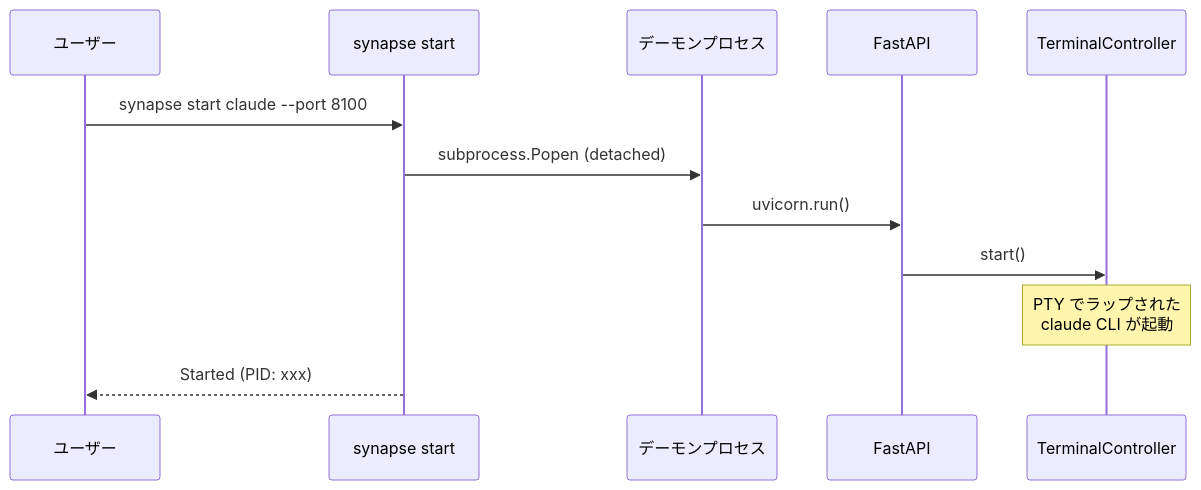
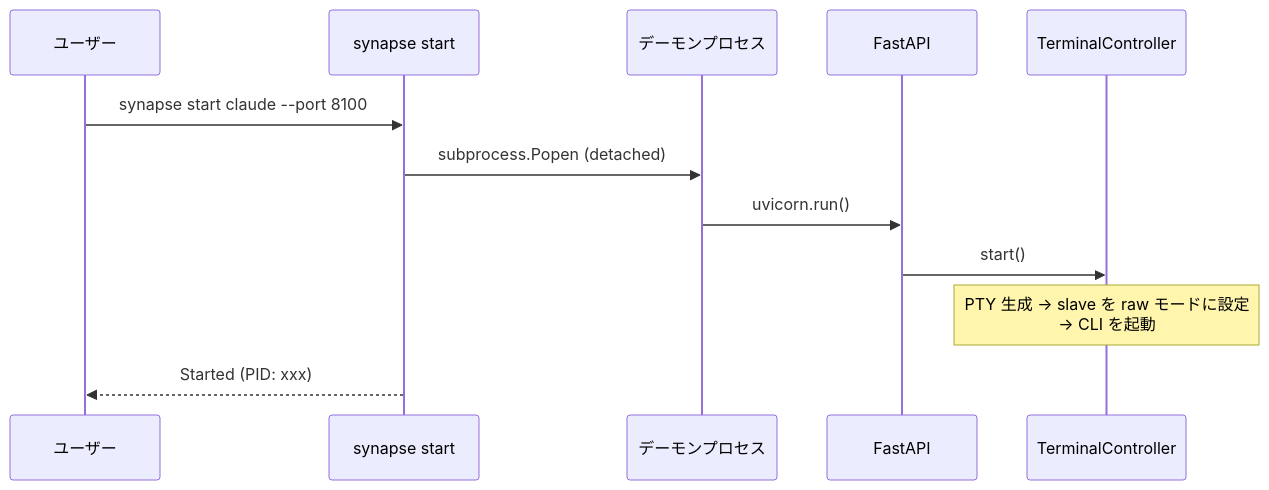
One commit to s-hiraoku/synapse-a2a changed diagram 11 of 21 in guides/architecture.md. Above: the diagram before and after it, drawn with Mermaid. The commit also changed other lines of this file and 11 other files, not shown here.

````diff
--- a/guides/architecture.md
+++ b/guides/architecture.md
@@ -469,15 +469,15 @@
 ```mermaid
 sequenceDiagram
     participant User as ユーザー
     participant CLI as synapse start
     participant Daemon as デーモンプロセス
     participant Server as FastAPI
     participant TC as TerminalController
 
     User->>CLI: synapse start claude --port 8100
     CLI->>Daemon: subprocess.Popen (detached)
     Daemon->>Server: uvicorn.run()
     Server->>TC: start()
-    Note over TC: PTY でラップされた<br/>claude CLI が起動
+    Note over TC: PTY 生成 → slave を raw モードに設定<br/>→ CLI を起動
     CLI-->>User: Started (PID: xxx)
 ```
````
